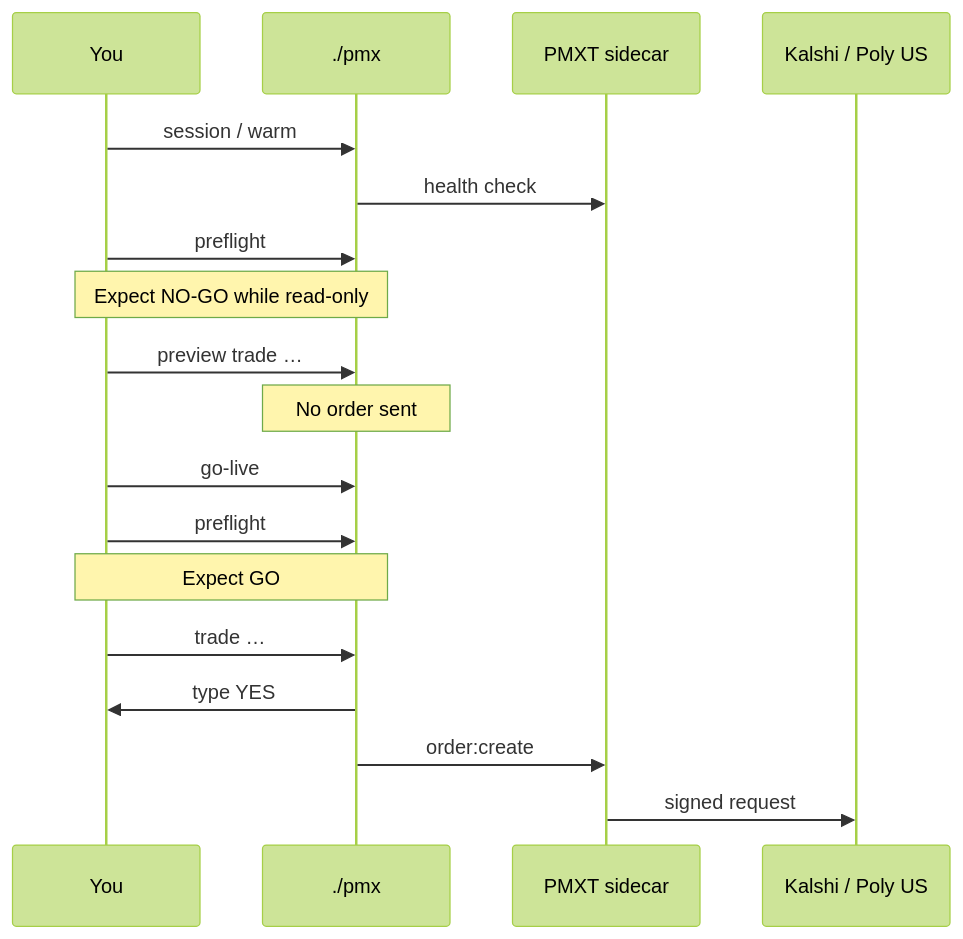
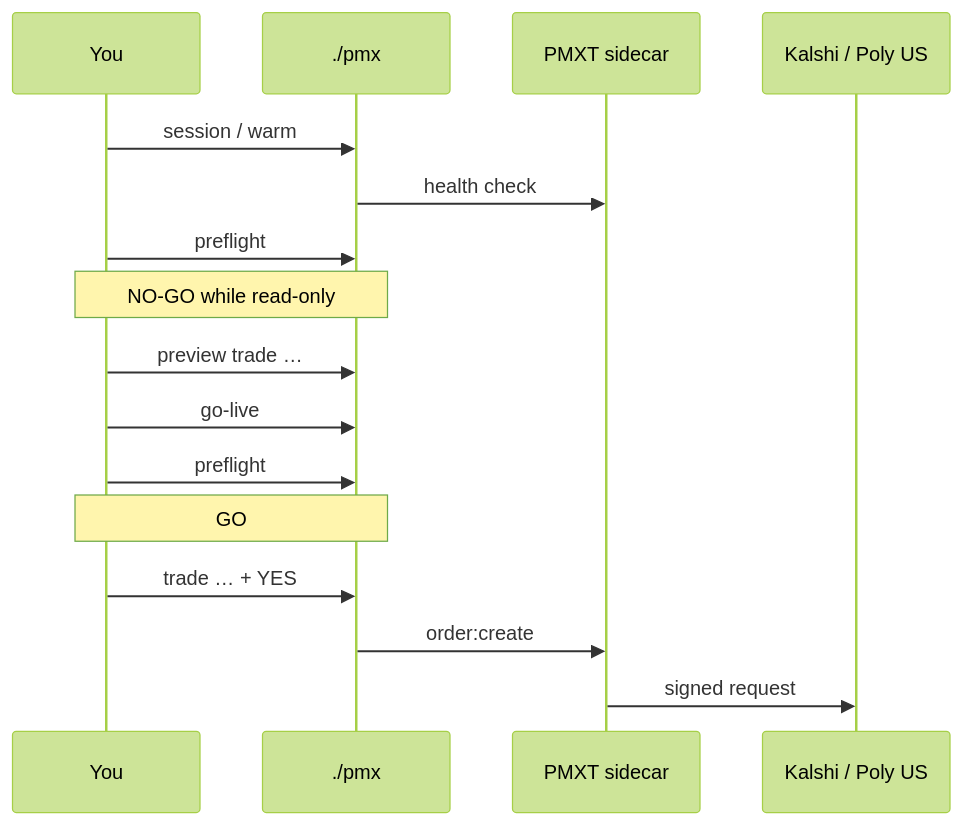
One commit to AbsCodeX/pmxtrader changed the second of 3 diagrams in docs/README.md. Above: the diagram before and after it, drawn with Mermaid (forest theme). The commit also changed other lines of this file and 6 other files, not shown here.

````diff
--- a/docs/README.md
+++ b/docs/README.md
@@ -84,21 +152,19 @@
-```mermaid
-sequenceDiagram
-  participant You
-  participant pmx as ./pmx
-  participant Sidecar as PMXT sidecar
-  participant Venue as Kalshi / Poly US
+    ```mermaid
+    sequenceDiagram
+      participant You
+      participant pmx as ./pmx
+      participant Sidecar as PMXT sidecar
+      participant Venue as Kalshi / Poly US
 
-  You->>pmx: session / warm
-  pmx->>Sidecar: health check
-  You->>pmx: preflight
-  Note over You,pmx: Expect NO-GO while read-only
-  You->>pmx: preview trade …
-  Note over pmx: No order sent
-  You->>pmx: go-live
-  You->>pmx: preflight
-  Note over You,pmx: Expect GO
-  You->>pmx: trade …
-  pmx->>You: type YES
-  pmx->>Sidecar: order:create
-  Sidecar->>Venue: signed request
-```
+      You->>pmx: session / warm
+      pmx->>Sidecar: health check
+      You->>pmx: preflight
+      Note over You,pmx: NO-GO while read-only
+      You->>pmx: preview trade …
+      You->>pmx: go-live
+      You->>pmx: preflight
+      Note over You,pmx: GO
+      You->>pmx: trade … + YES
+      pmx->>Sidecar: order:create
+      Sidecar->>Venue: signed request
+    ```
````
